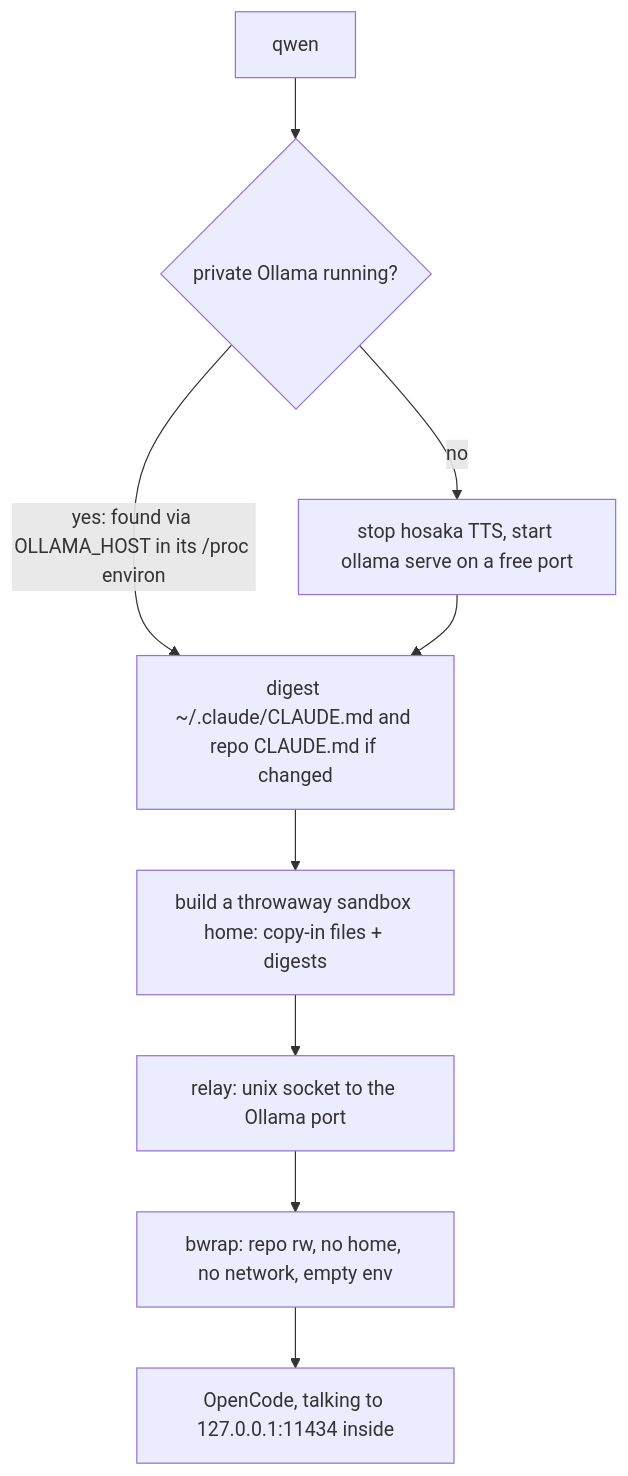
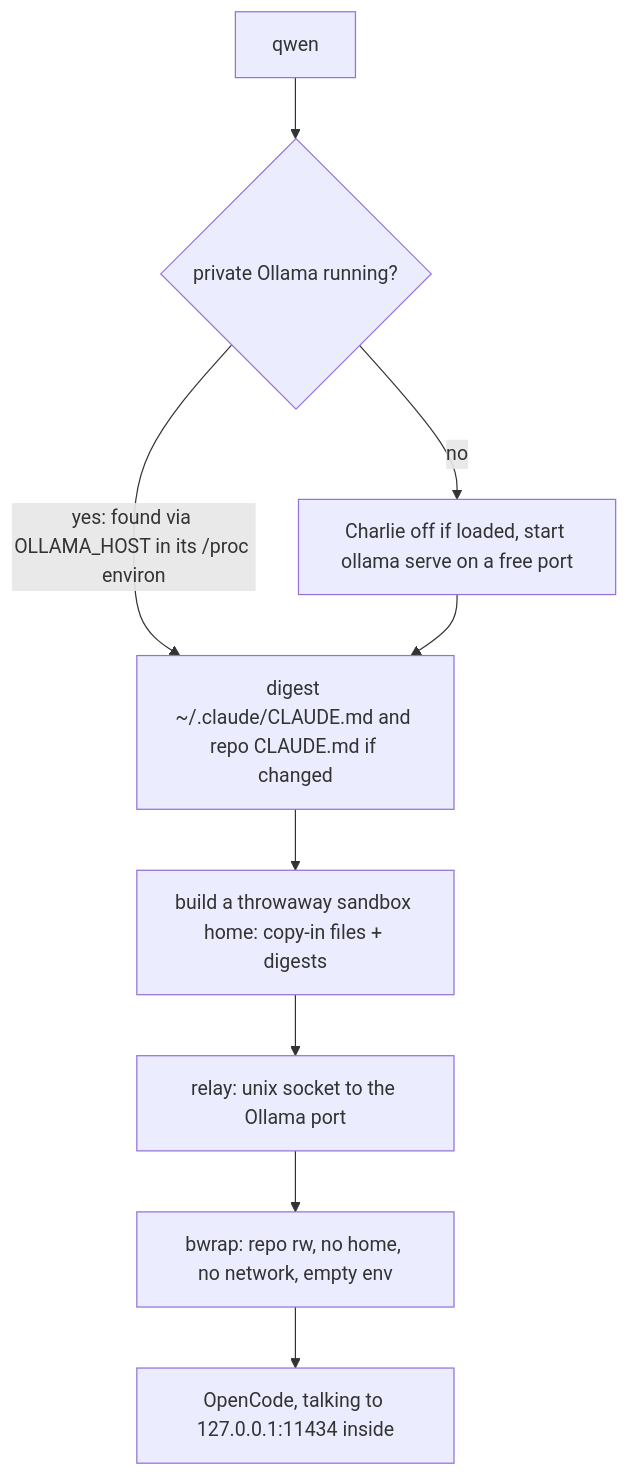
One commit to wai-lau/mates changed the diagram in docs/qwen.md. Above: the diagram before and after it, drawn with Mermaid. The commit also changed other lines of this file and 5 other files, not shown here.

````diff
--- a/docs/qwen.md
+++ b/docs/qwen.md
@@ -39,11 +39,11 @@
 ```mermaid
 flowchart TD
   A[qwen] --> B{private Ollama running?}
   B -- yes: found via OLLAMA_HOST in its /proc environ --> D
-  B -- no --> C[stop hosaka TTS, start ollama serve on a free port]
+  B -- no --> C[Charlie off if loaded, start ollama serve on a free port]
   C --> D[digest ~/.claude/CLAUDE.md and repo CLAUDE.md if changed]
   D --> E[build a throwaway sandbox home: copy-in files + digests]
   E --> F[relay: unix socket to the Ollama port]
   F --> G[bwrap: repo rw, no home, no network, empty env]
   G --> H[OpenCode, talking to 127.0.0.1:11434 inside]
 ```
````
